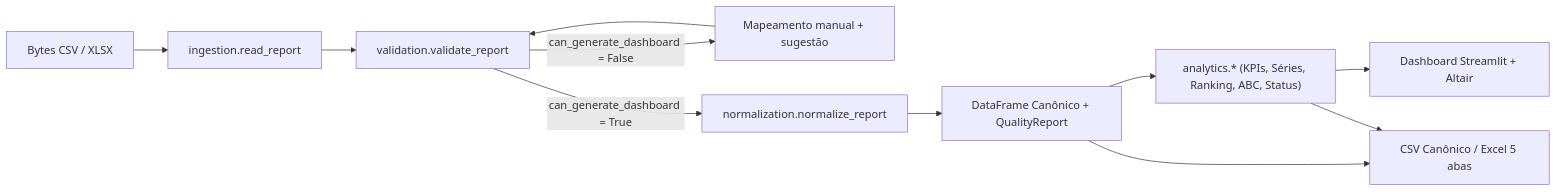
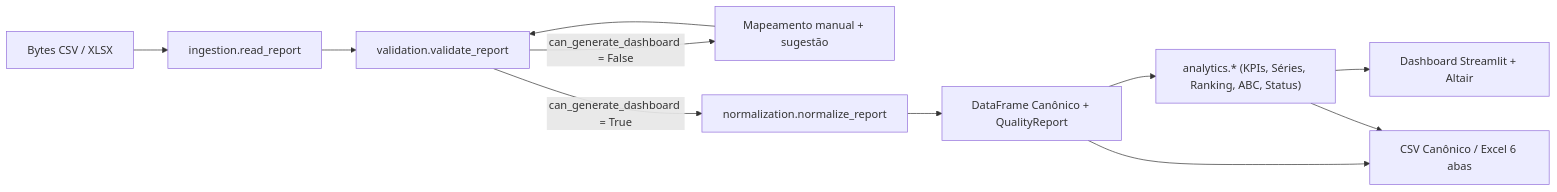
Before and after one commit to Mpierredev/analisador-relatorios-marketplace: the second of 2 diagrams in docs/arquitetura.md, drawn with Mermaid. The commit also changed other lines of this file and 3 other files, not shown here.

````diff
--- a/docs/arquitetura.md
+++ b/docs/arquitetura.md
@@ -60,13 +60,13 @@
 ```mermaid
 flowchart LR
     B["Bytes CSV / XLSX"] --> I["ingestion.read_report"]
     I --> V["validation.validate_report"]
     V -- "can_generate_dashboard = False" --> M["Mapeamento manual + sugestão"]
     M --> V
     V -- "can_generate_dashboard = True" --> N["normalization.normalize_report"]
     N --> DF["DataFrame Canônico + QualityReport"]
     DF --> A["analytics.* (KPIs, Séries, Ranking, ABC, Status)"]
     A --> UI["Dashboard Streamlit + Altair"]
-    DF --> EXP["CSV Canônico / Excel 5 abas"]
+    DF --> EXP["CSV Canônico / Excel 6 abas"]
     A --> EXP
 ```
````
